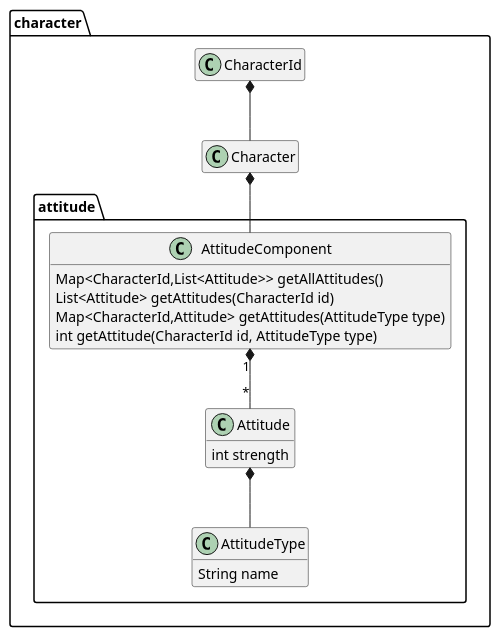
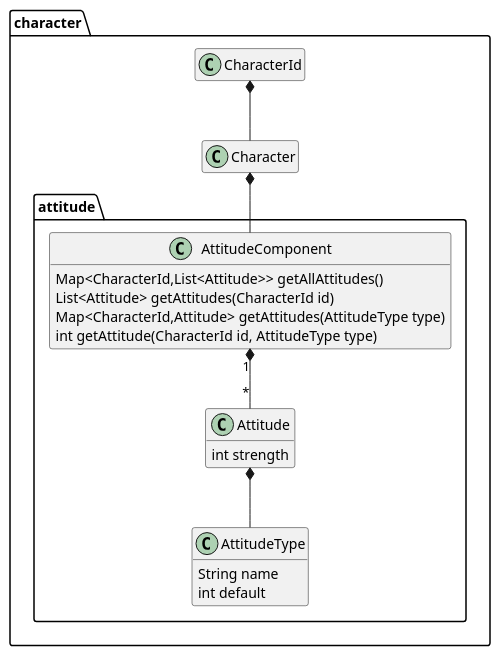
Before and after one commit to Orchaldir/SocialSimulation: the diagram in doc/design/attitude.puml, drawn with PlantUML. The commit also changed 1 other file, not shown here.

```diff
--- a/doc/design/attitude.puml
+++ b/doc/design/attitude.puml
@@ -1,37 +1,38 @@
 @startuml
 
 hide empty members
 
 package character {
 
 package attitude {
 
 class AttitudeType {
   String name
+  int default
 }
 
 class Attitude {
   int strength
 }
 
 class AttitudeComponent {
   Map<CharacterId,List<Attitude>> getAllAttitudes()
   List<Attitude> getAttitudes(CharacterId id)
   Map<CharacterId,Attitude> getAttitudes(AttitudeType type)
   int getAttitude(CharacterId id, AttitudeType type)
 }
 
 }
 
 class CharacterId
 
 class Character
 
 }
 
 Attitude *--  AttitudeType
 AttitudeComponent "1" *-- "*"  Attitude
 Character *--  AttitudeComponent
 CharacterId *--  Character
 
 @enduml
```
